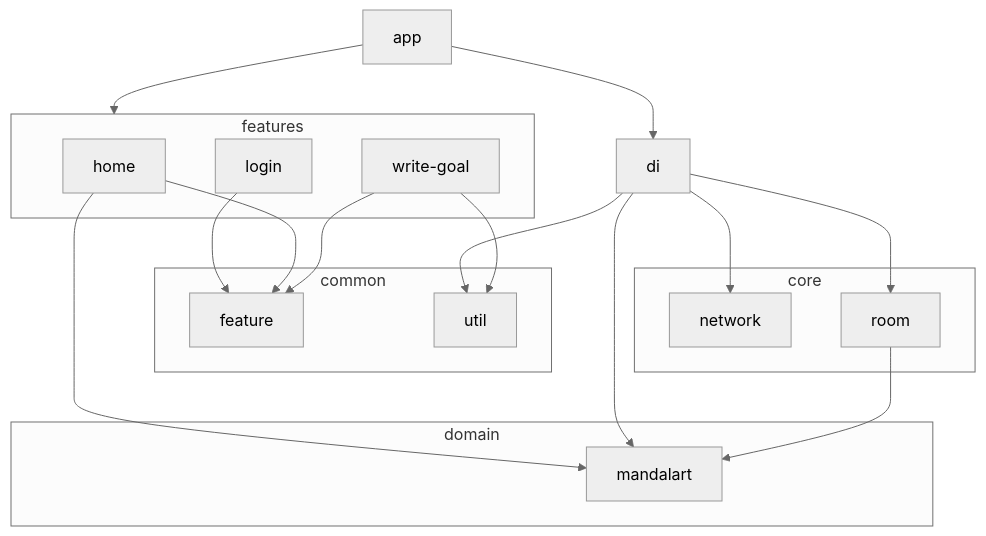
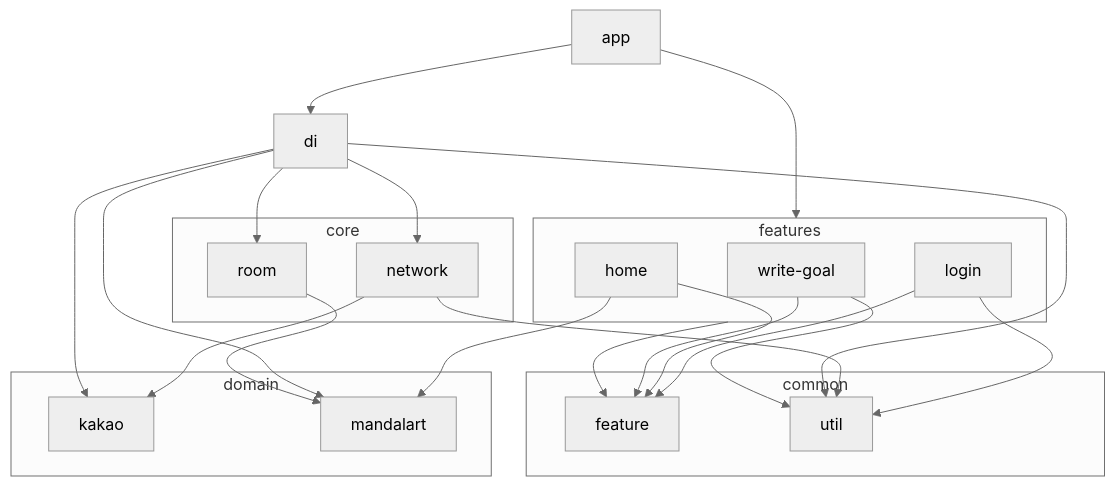
Before and after one commit to Eggtart-Mandal-art/Eggtart-Android: the diagram in README.md, drawn with Mermaid. The commit also changed 27 other files, not shown here.

````diff
--- a/README.md
+++ b/README.md
@@ -5,38 +5,44 @@
 ```mermaid
 %%{
   init: {
     'theme': 'neutral'
   }
 }%%
 
 graph TB
 
   subgraph common
     feature
     util
   end
   subgraph core
     network
     room
   end
   subgraph domain
+    kakao
     mandalart
   end
   subgraph features
     home
     login
     write-goal
   end
   login --> feature
+  login --> util
+  network --> kakao
+  network --> util
+  features --> feature
   home --> feature
   home --> mandalart
   app --> features
   app --> di
   di --> util
   di --> room
   di --> network
   di --> mandalart
+  di --> kakao
   room --> mandalart
   write-goal --> feature
   write-goal --> util
 ```
````
